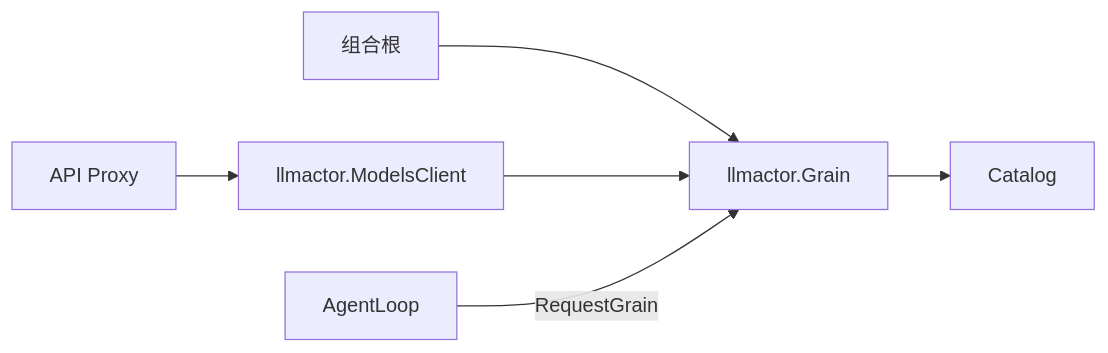
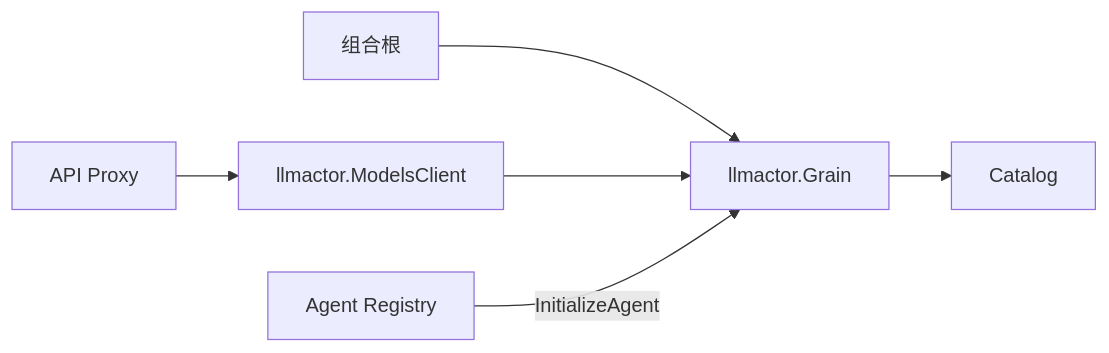
One commit to gorenx/goren changed the diagram in llm/modelconfig/README.zh-CN.md. Above: the diagram before and after it, drawn with Mermaid. The commit also changed other lines of this file and 31 other files, not shown here.

````diff
--- a/llm/modelconfig/README.zh-CN.md
+++ b/llm/modelconfig/README.zh-CN.md
@@ -7,8 +7,8 @@
 ```mermaid
 flowchart LR
     Composition[组合根] --> Grain[llmactor.Grain]
     Proxy[API Proxy] --> Client[llmactor.ModelsClient]
     Client --> Grain
-    Agent[AgentLoop] -->|RequestGrain| Grain
+    Registry[Agent Registry] -->|InitializeAgent| Grain
     Grain --> Catalog[Catalog]
 ```
````
